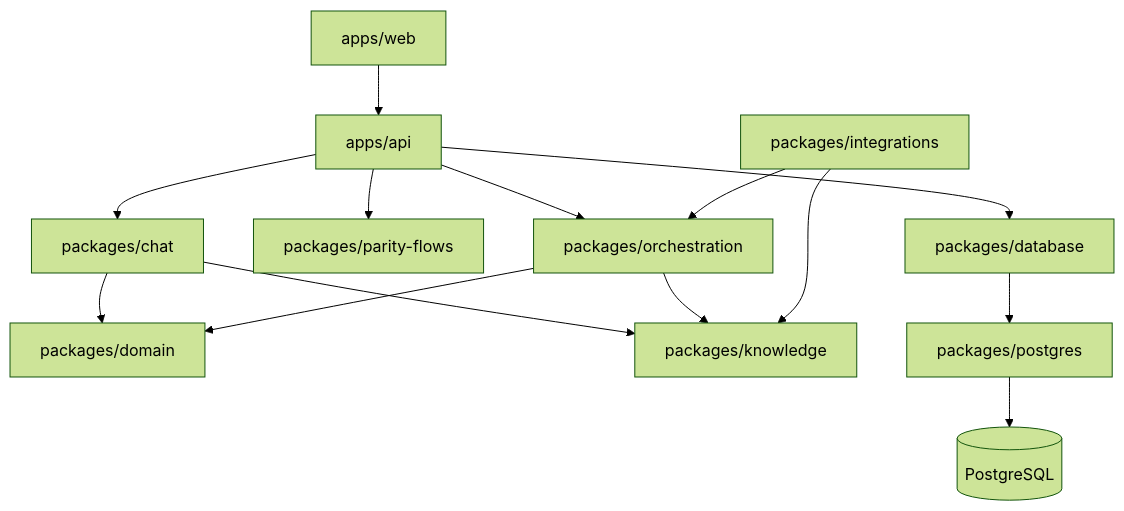
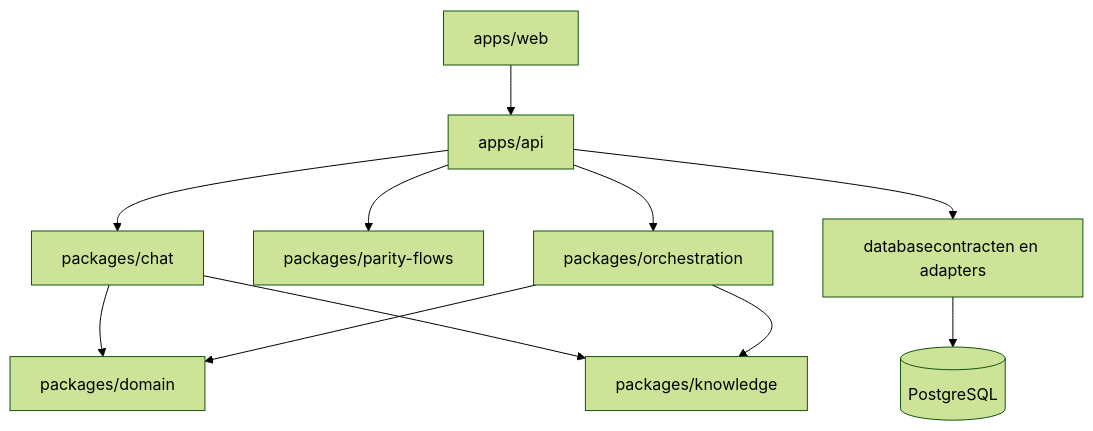
One commit to E-AI-MODEL/DoorHot changed the fourth of 4 diagrams in README.md. Above: the diagram before and after it, drawn with Mermaid (forest theme). The commit also changed other lines of this file, not shown here.

````diff
--- a/README.md
+++ b/README.md
@@ -731,20 +1008,16 @@
 ```mermaid
 flowchart TD
     WEB["apps/web"] --> API["apps/api"]
 
     API --> CHAT["packages/chat"]
     API --> FLOWS["packages/parity-flows"]
     API --> ORCH["packages/orchestration"]
 
     CHAT --> DOMAIN["packages/domain"]
     CHAT --> KNOW["packages/knowledge"]
     ORCH --> DOMAIN
     ORCH --> KNOW
 
-    API --> DBI["packages/database"]
-    DBI --> PG["packages/postgres"]
-    PG --> DB[("PostgreSQL")]
-
-    INTEGRATIONS["packages/integrations"] --> KNOW
-    INTEGRATIONS --> ORCH
+    API --> DATABASE["databasecontracten en adapters"]
+    DATABASE --> POSTGRES[("PostgreSQL")]
 ```
````
